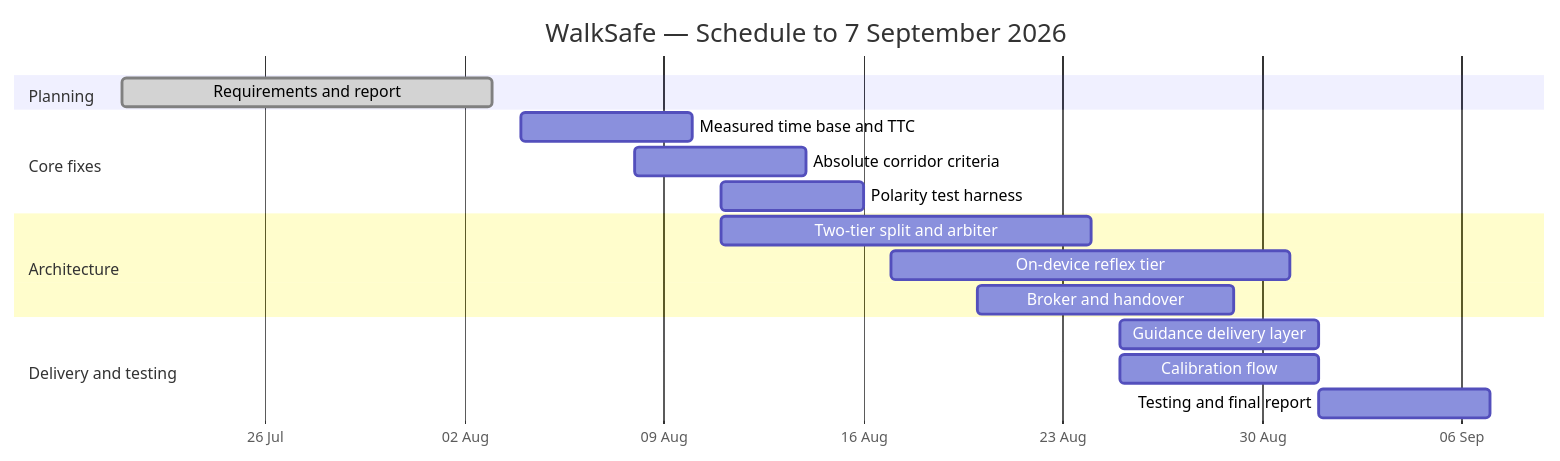
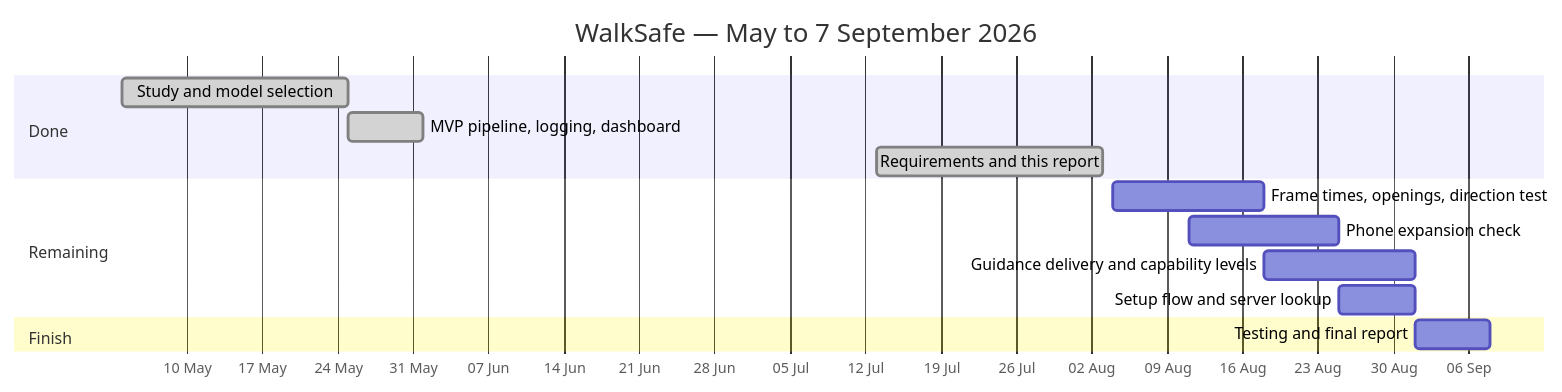
Before and after one commit to shahalam22/WalkSafe: diagram 14 of 14 in docs/SRS.md, drawn with Mermaid. The commit also changed other lines of this file and 1 other file, not shown here.

Commit message:
commit: Base draft after 1st go through...

````diff
--- a/docs/SRS.md
+++ b/docs/SRS.md
@@ -1179,24 +1029,20 @@
 ```mermaid
 gantt
+    title       WalkSafe — May to 7 September 2026
     dateFormat  YYYY-MM-DD
     axisFormat  %d %b
-    title       WalkSafe — Schedule to 7 September 2026
 
-    section Planning
-    Requirements and report      :done,    p1, 2026-07-21, 2026-08-03
+    section Done
+    Study and model selection               :done, a1, 2026-05-04, 3w
+    MVP pipeline, logging, dashboard        :done, a2, 2026-05-25, 1w
+    Requirements and this report            :done, a3, 2026-07-13, 3w
 
-    section Core fixes
-    Measured time base and TTC   :         c1, 2026-08-04, 2026-08-10
-    Absolute corridor criteria   :         c2, 2026-08-08, 2026-08-14
-    Polarity test harness        :         c3, 2026-08-11, 2026-08-16
+    section Remaining
+    Frame times, openings, direction test   :b1, 2026-08-04, 2w
+    Phone expansion check                   :b2, 2026-08-11, 2w
+    Guidance delivery and capability levels :b3, 2026-08-18, 2w
+    Setup flow and server lookup            :b4, 2026-08-25, 1w
 
-    section Architecture
-    Two-tier split and arbiter   :         a1, 2026-08-11, 2026-08-24
-    On-device reflex tier        :         a2, 2026-08-17, 2026-08-31
-    Broker and handover          :         a3, 2026-08-20, 2026-08-29
-
-    section Delivery and testing
-    Guidance delivery layer      :         d1, 2026-08-25, 2026-09-01
-    Calibration flow             :         d2, 2026-08-25, 2026-09-01
-    Testing and final report     :         d3, 2026-09-01, 2026-09-07
+    section Finish
+    Testing and final report                :c1, 2026-09-01, 1w
 ```
````
